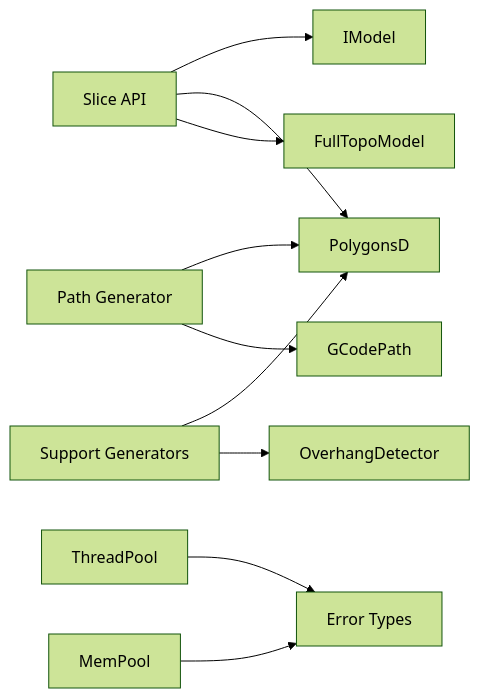
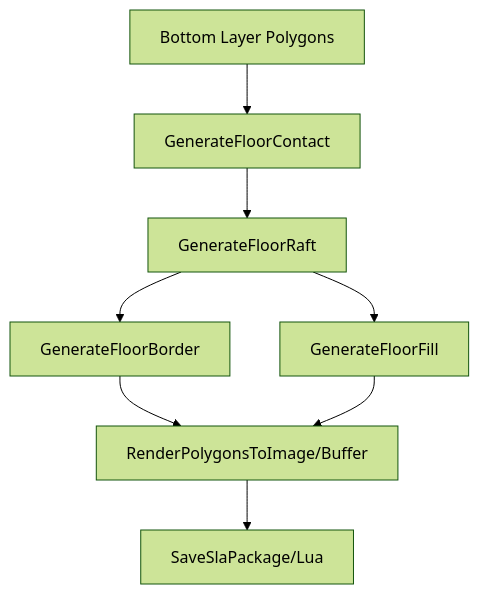
One commit to hsmbanlance/HsBaSlicer changed the eighth of 12 diagrams in .qoder/repowiki/en/content/API Reference/C++ Library API/C++ Library API.md. Above: the diagram before and after it, drawn with Mermaid (forest theme). The commit also changed other lines of this file and 1095 other files, not shown here.

````diff
--- a/.qoder/repowiki/en/content/API Reference/C++ Library API/C++ Library API.md
+++ b/.qoder/repowiki/en/content/API Reference/C++ Library API/C++ Library API.md
@@ -354,12 +417,10 @@
 ```mermaid
-graph LR
-SliceAPI["Slice API"] --> IModel["IModel"]
-SliceAPI --> Polygons["PolygonsD"]
-SliceAPI --> Topo["FullTopoModel"]
-PathGen["Path Generator"] --> Polygons
-PathGen --> GCodePath["GCodePath"]
-SupportNS["Support Generators"] --> Polygons
-SupportNS --> Overhang["OverhangDetector"]
-ThreadPool --> Errors["Error Types"]
-MemPool --> Errors
+flowchart TD
+Bottom["Bottom Layer Polygons"] --> Contact["GenerateFloorContact"]
+Contact --> Raft["GenerateFloorRaft"]
+Raft --> Border["GenerateFloorBorder"]
+Raft --> Fill["GenerateFloorFill"]
+Border --> Image["RenderPolygonsToImage/Buffer"]
+Fill --> Image
+Image --> Package["SaveSlaPackage/Lua"]
 ```
````
